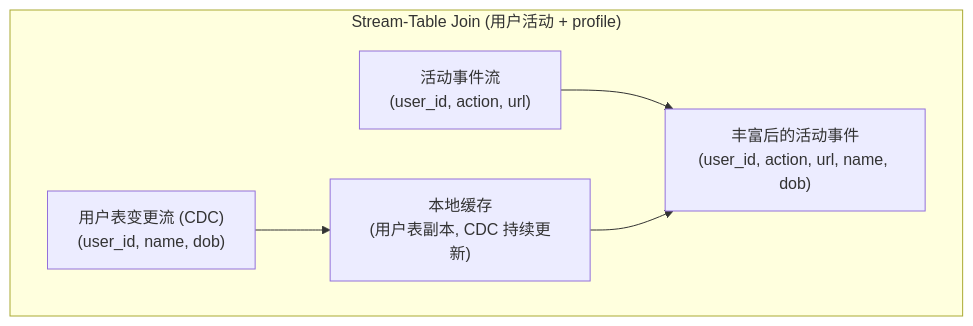
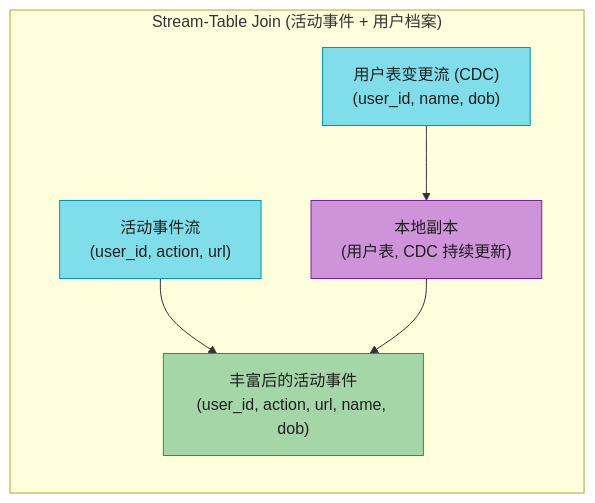
Before and after one commit to socoo123/ddia_2nd: diagram 16 of 20 in ch12-流处理.md, drawn with Mermaid. The commit also changed other lines of this file and 5 other files, not shown here.

````diff
--- a/ch12-流处理.md
+++ b/ch12-流处理.md
@@ -282,13 +725,19 @@
 ```mermaid
-graph TD
-    subgraph STJ["Stream-Table Join (用户活动 + profile)"]
-        ACTIVITY["活动事件流<br/>(user_id, action, url)"]
-        USERS_CDC["用户表变更流 (CDC)<br/>(user_id, name, dob)"]
-        LOCAL_DB["本地缓存<br/>(用户表副本, CDC 持续更新)"]
-        OUTPUT2["丰富后的活动事件<br/>(user_id, action, url, name, dob)"]
+flowchart LR
+    subgraph STJ["Stream-Table Join (活动事件 + 用户档案)"]
+        direction TB
+        ACT["活动事件流<br/>(user_id, action, url)"]
+        CDC["用户表变更流 (CDC)<br/>(user_id, name, dob)"]
+        LOCAL["本地副本<br/>(用户表, CDC 持续更新)"]
+        OUT2["丰富后的活动事件<br/>(user_id, action, url, name, dob)"]
 
-        ACTIVITY --> OUTPUT2
-        USERS_CDC --> LOCAL_DB
-        LOCAL_DB --> OUTPUT2
+        ACT --> OUT2
+        CDC --> LOCAL
+        LOCAL --> OUT2
     end
+
+    style ACT fill:#80DEEA,stroke:#0097A7,color:#1f1f1f
+    style CDC fill:#80DEEA,stroke:#0097A7,color:#1f1f1f
+    style LOCAL fill:#CE93D8,stroke:#7B1FA2,color:#1f1f1f
+    style OUT2 fill:#A5D6A7,stroke:#388E3C,color:#1f1f1f
 ```
````
